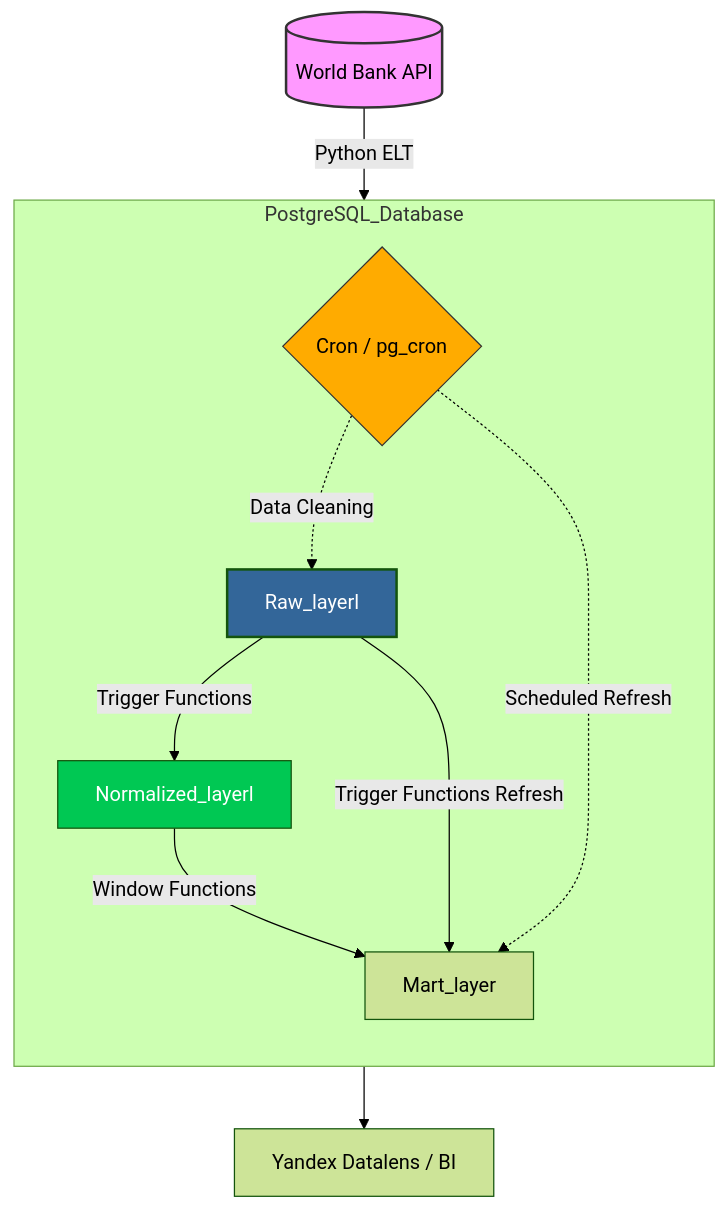
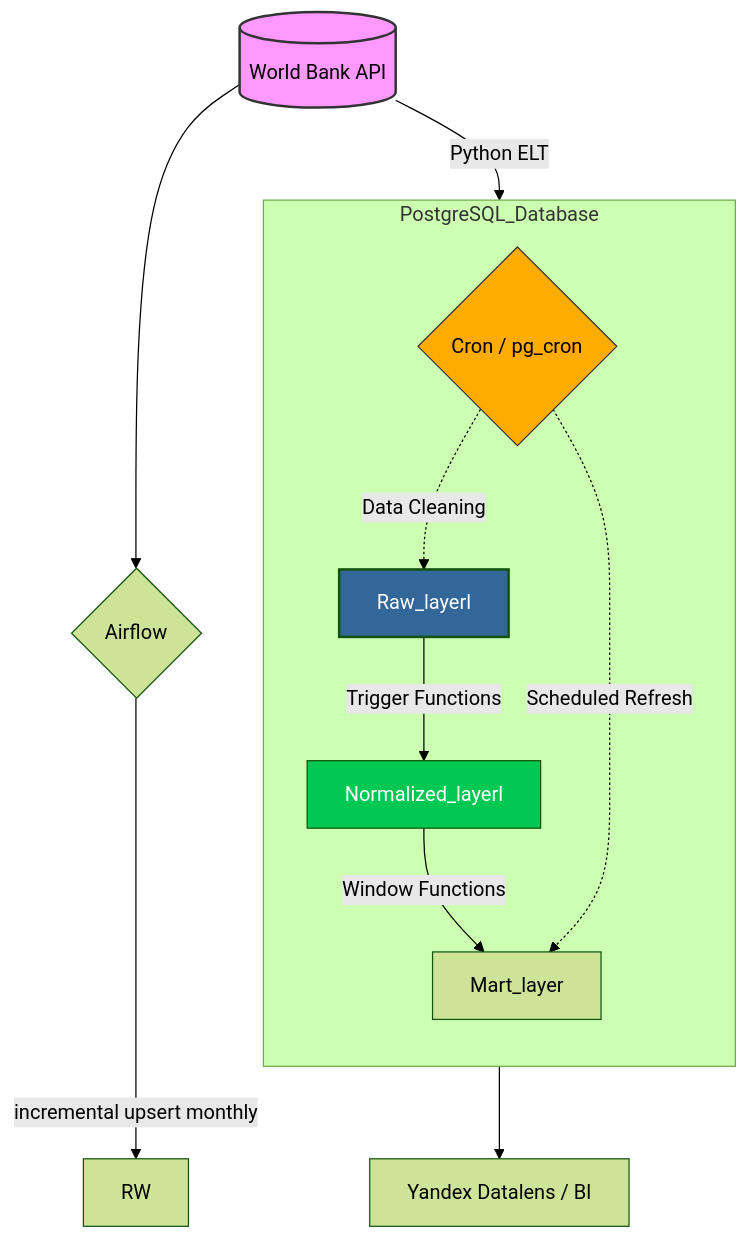
The diagram in README.md (ososovyan/WB_data_collector), drawn with Mermaid (forest theme) before and after one commit. The commit also changed other lines of this file, not shown here.

````diff
--- a/README.md
+++ b/README.md
@@ -37,26 +37,26 @@
 ```mermaid
 graph TD
     %% Источник данных
     WB[(World Bank API)] --> |Python ELT| RL[Raw_layerl]
 
     %% Внутренняя логика БД
     subgraph PostgreSQL_Database
         direction TB
         RL --> |Trigger Functions| NL[Normalized_layerl]
         
         NL --> |Window Functions| ML[Mart_layer]
 
-        RL --> |Trigger Functions Refresh| ML
         CRON{Cron / pg_cron} -.-> |Scheduled Refresh| ML
         CRON -.-> |Data Cleaning| RL
     end
 
     %% Выход данных
     ML --> API[Yandex Datalens / BI ]
-    
+    WB --> A{Airflow}
+    A --> |incremental upsert monthly| RW
     %% Стилизация (чтобы было красиво)
     style WB fill:#f9f,stroke:#333,stroke-width:2px
     style RL fill:#336699,color:#fff,stroke-width:2px
     style NL fill:#00c853,color:#fff
     style CRON fill:#ffab00,stroke:#333
 ```
````
